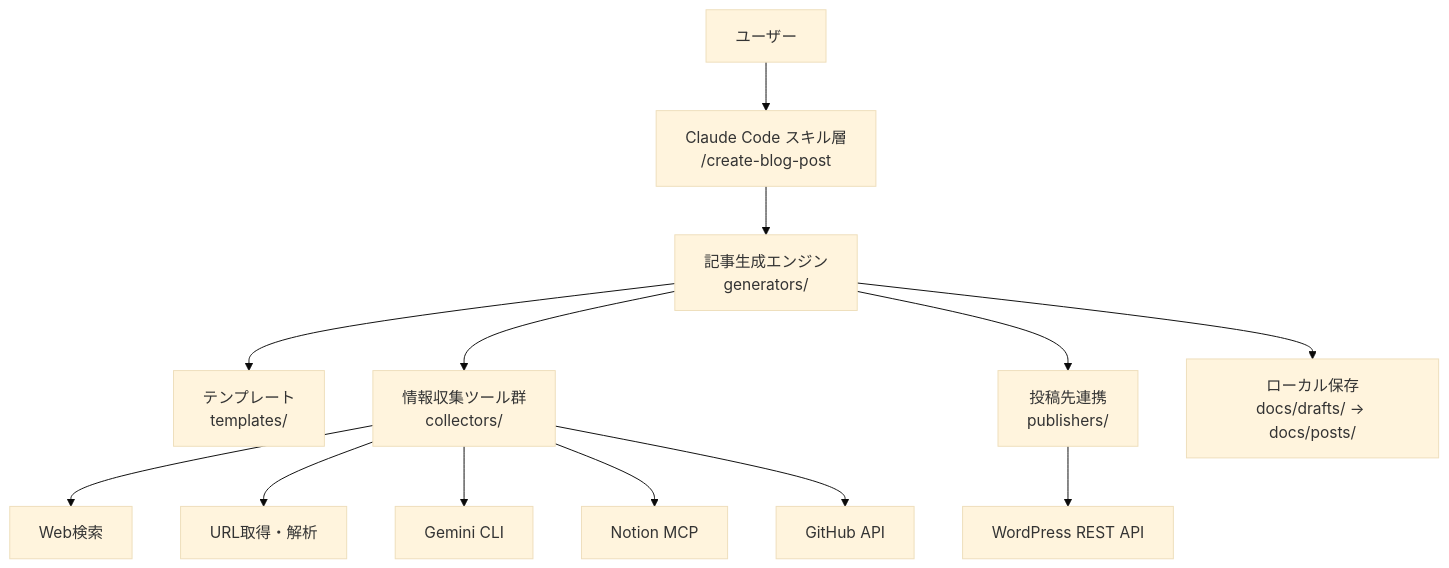
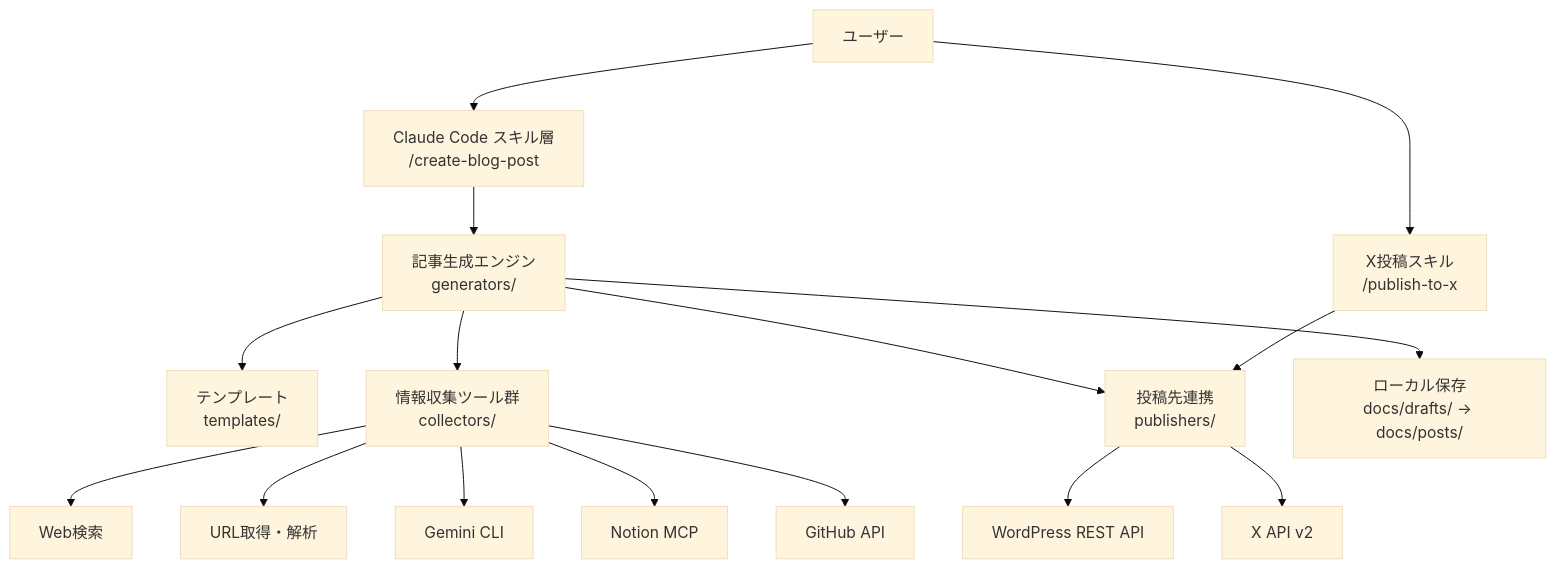
Before and after one commit to tak-akashi/social-content-creator: the first of 3 diagrams in docs/core/functional-design.md, drawn with Mermaid (base theme). The commit also changed other lines of this file and 14 other files, not shown here.

````diff
--- a/docs/core/functional-design.md
+++ b/docs/core/functional-design.md
@@ -9,33 +8,38 @@
 ```mermaid
 graph TB
     User[ユーザー]
     Skill["Claude Code スキル層<br/>/create-blog-post"]
     Generator["記事生成エンジン<br/>generators/"]
     Template["テンプレート<br/>templates/"]
     Collector["情報収集ツール群<br/>collectors/"]
     Publisher["投稿先連携<br/>publishers/"]
     Storage["ローカル保存<br/>docs/drafts/ → docs/posts/"]
+    XSkill["X投稿スキル<br/>/publish-to-x"]
 
     WebSearch[Web検索]
     URLFetcher[URL取得・解析]
     GeminiCLI[Gemini CLI]
     NotionMCP[Notion MCP]
     GitHubAPI[GitHub API]
 
     WordPress[WordPress REST API]
+    XAPI[X API v2]
 
     User --> Skill
+    User --> XSkill
     Skill --> Generator
     Generator --> Template
     Generator --> Collector
     Generator --> Publisher
     Generator --> Storage
 
     Collector --> WebSearch
     Collector --> URLFetcher
     Collector --> GeminiCLI
     Collector --> NotionMCP
     Collector --> GitHubAPI
 
     Publisher --> WordPress
+    XSkill --> Publisher
+    Publisher --> XAPI
 ```
````
